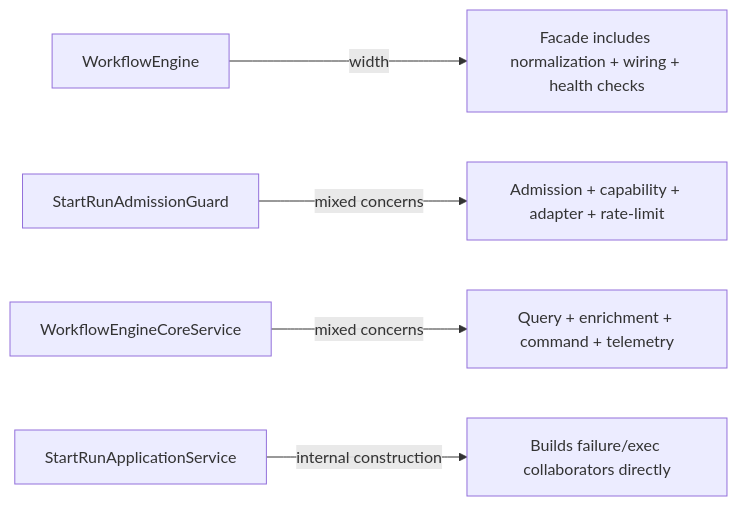
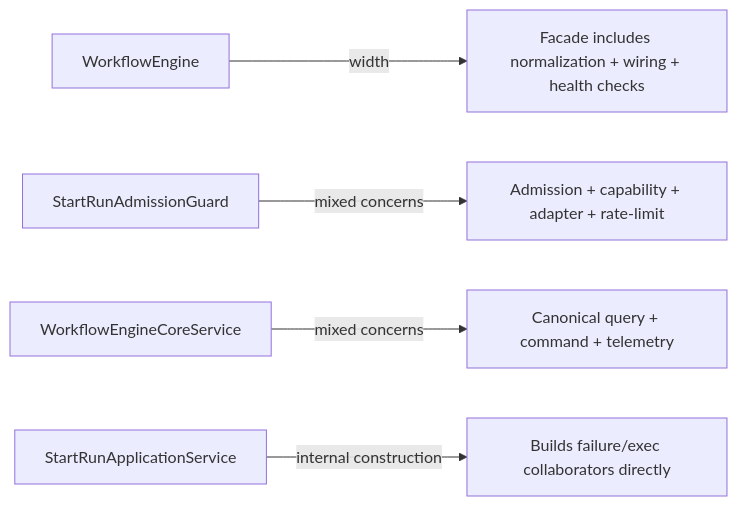
Before and after one commit to dunay2/dvt: the fifth of 5 diagrams in docs/architecture/components/engine/architecture/workflow-engine-subsystem-context.md, drawn with Mermaid. The commit also changed other lines of this file and 39 other files, not shown here.

Commit message:
refactor(engine): Split run enrichment out of engine facade

````diff
--- a/docs/architecture/components/engine/architecture/workflow-engine-subsystem-context.md
+++ b/docs/architecture/components/engine/architecture/workflow-engine-subsystem-context.md
@@ -211,7 +228,7 @@
 ```mermaid
 flowchart LR
   WF["WorkflowEngine"] -->|width| W1["Facade includes normalization + wiring + health checks"]
   Guard["StartRunAdmissionGuard"] -->|mixed concerns| W2["Admission + capability + adapter + rate-limit"]
-  Core["WorkflowEngineCoreService"] -->|mixed concerns| W3["Query + enrichment + command + telemetry"]
+  Core["WorkflowEngineCoreService"] -->|mixed concerns| W3["Canonical query + command + telemetry"]
   StartRun["StartRunApplicationService"] -->|internal construction| W4["Builds failure/exec collaborators directly"]
 ```
````
